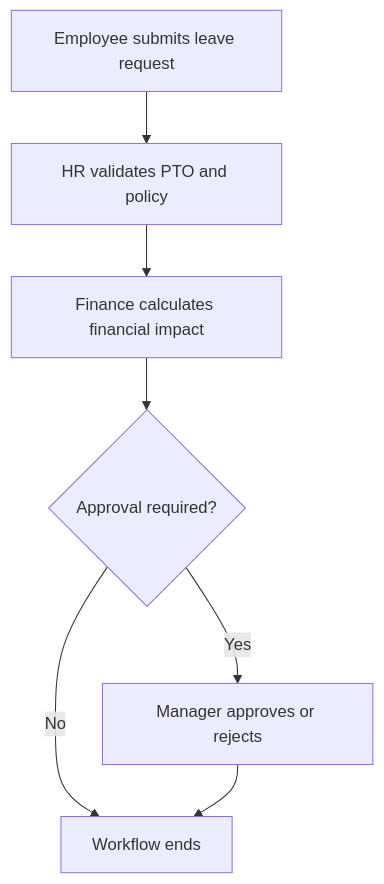
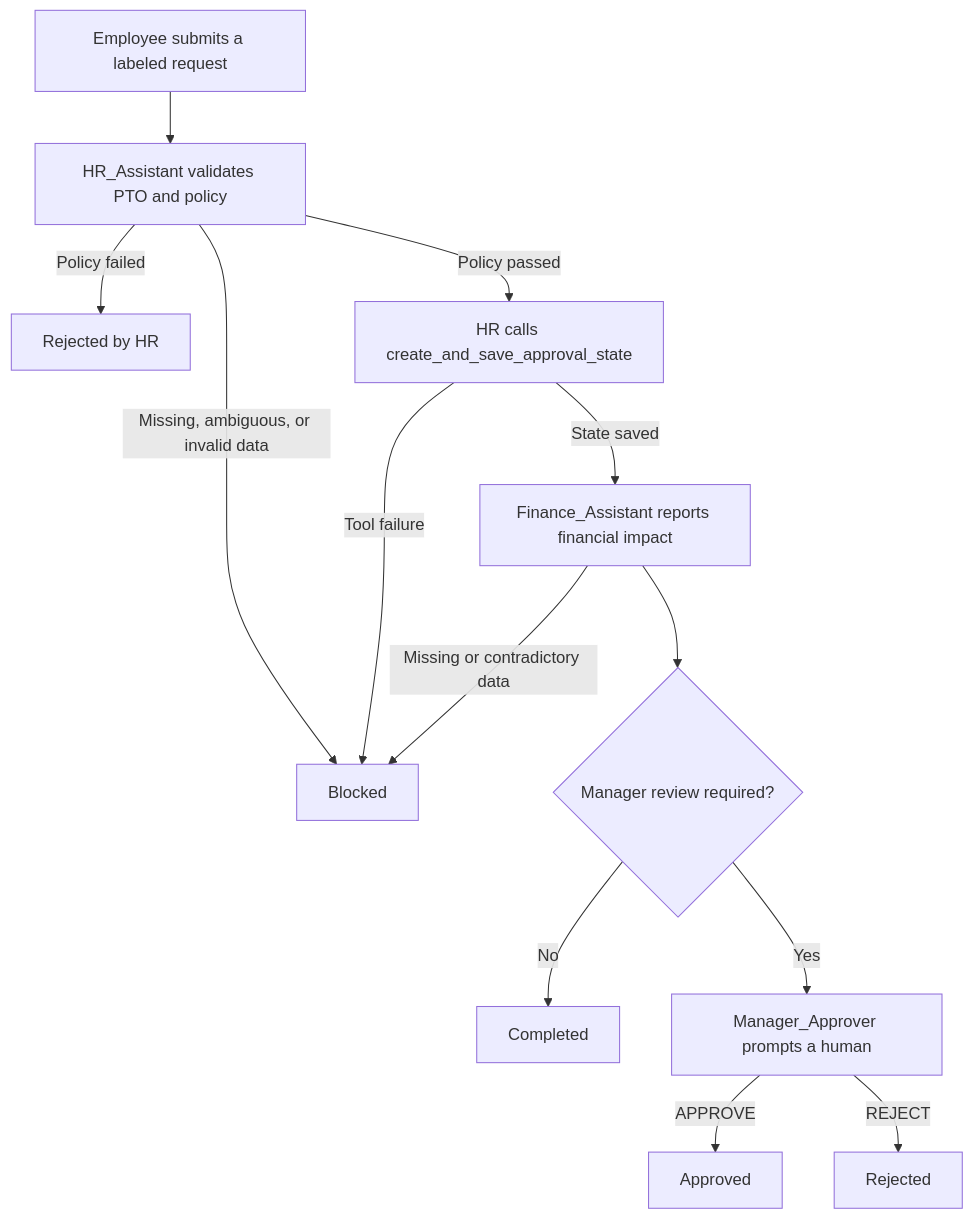
The diagram in README.md (mdlewis365/collaborative-business-agents), drawn with Mermaid before and after one commit. The commit also changed other lines of this file, not shown here.

````diff
--- a/README.md
+++ b/README.md
@@ -9,9 +95,15 @@
 ```mermaid
 flowchart TD
-    A["Employee submits leave request"] --> B["HR validates PTO and policy"]
-    B --> C["Finance calculates financial impact"]
-    C --> D{"Approval required?"}
-    D -->|No| E["Workflow ends"]
-    D -->|Yes| F["Manager approves or rejects"]
-    F --> E
+    E["Employee submits a labeled request"] --> HR["HR_Assistant validates PTO and policy"]
+    HR -->|"Policy failed"| RH["Rejected by HR"]
+    HR -->|"Missing, ambiguous, or invalid data"| B["Blocked"]
+    HR -->|"Policy passed"| T["HR calls create_and_save_approval_state"]
+    T -->|"Tool failure"| B
+    T -->|"State saved"| F["Finance_Assistant reports financial impact"]
+    F -->|"Missing or contradictory data"| B
+    F --> R{"Manager review required?"}
+    R -->|"No"| C["Completed"]
+    R -->|"Yes"| M["Manager_Approver prompts a human"]
+    M -->|"APPROVE"| A["Approved"]
+    M -->|"REJECT"| RJ["Rejected"]
 ```
````
